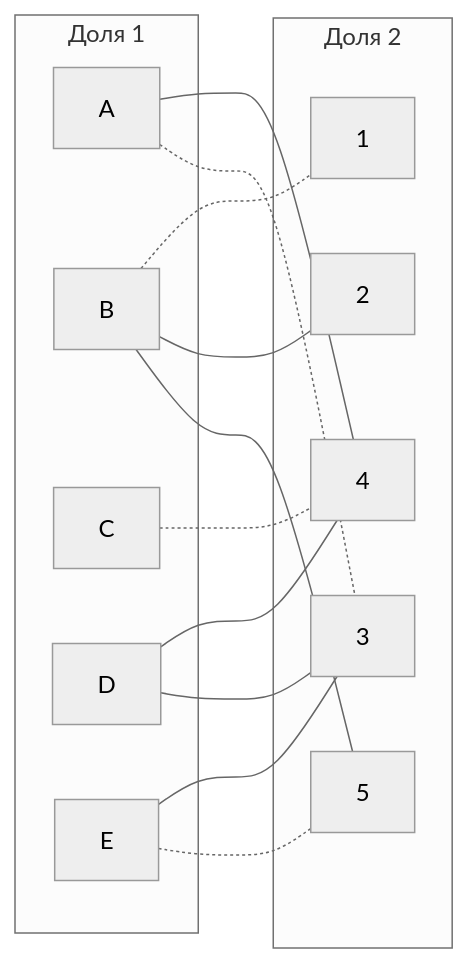
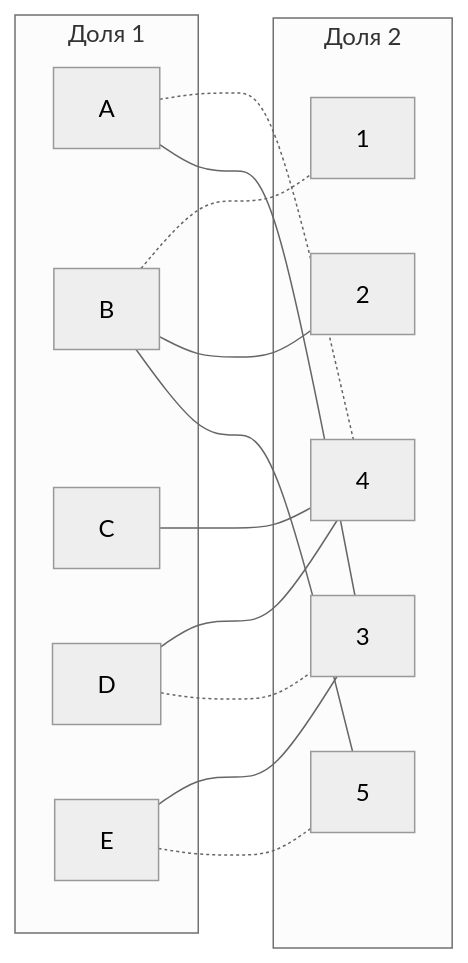
One commit to hse-algo-24-crow/manual-tasks-crow changed the seventh of 14 diagrams in task-8/Milty-task-8.md. Above: the diagram before and after it, drawn with Mermaid (neutral theme). The commit also changed other lines of this file, not shown here.

````diff
--- a/task-8/Milty-task-8.md
+++ b/task-8/Milty-task-8.md
@@ -201,27 +214,27 @@
 ```mermaid
 graph LR
     subgraph "Доля 1"
         A[A]
         B[B]
         C[C]
         D[D]
         E[E]
     end
     subgraph "Доля 2"
         1[1]
         2[2]
         3[3]
         4[4]
         5[5]
     end
-    A --- 4
-    A -.- 3
+    A -.- 4
+    A --- 3
     B -.- 1
     B --- 2
     B --- 5
-    C -.- 4
+    C --- 4
     D --- 4
-    D --- 3
+    D -.- 3
     E --- 3
     E -.- 5
 ```
````
